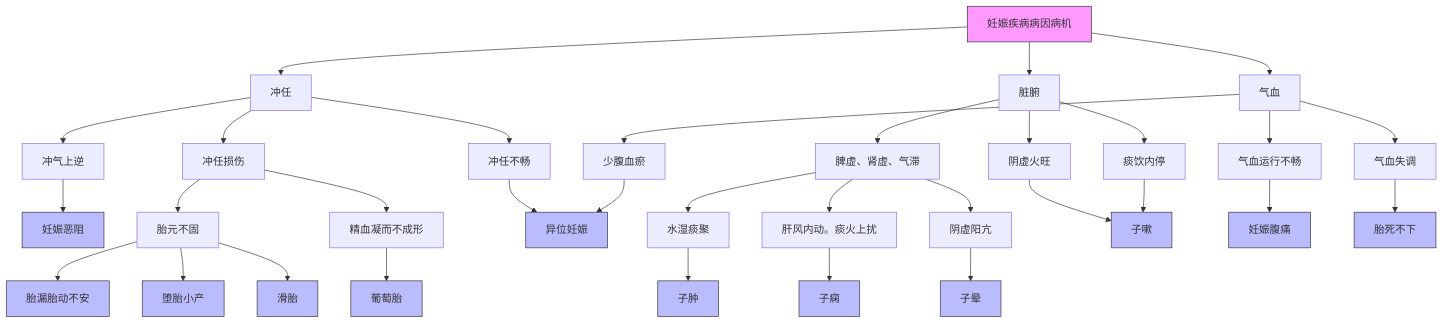
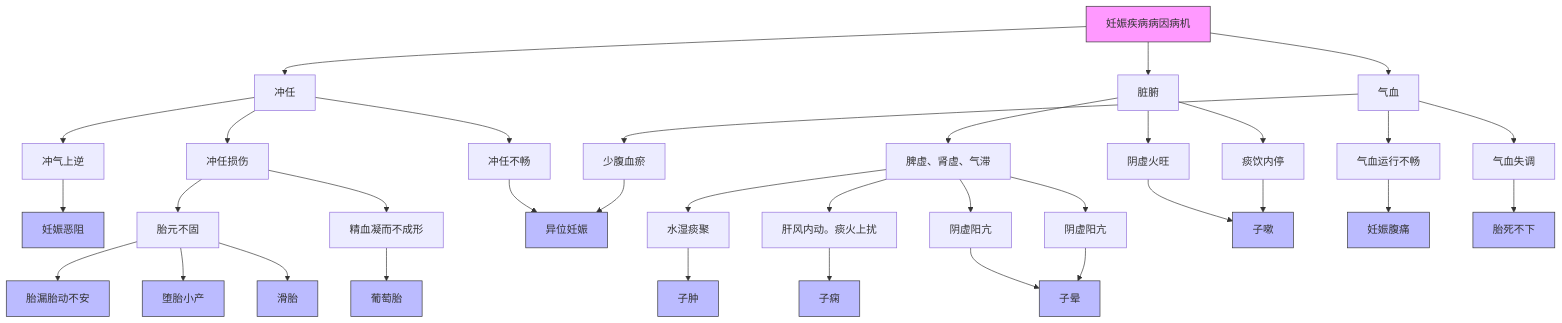
One commit to lili23755/iodraw-files changed the diagram in all/未命名.md. Above: the diagram before and after it, drawn with Mermaid.

Commit message:
2025-04-04 11:05:14 update

````diff
--- a/all/未命名.md
+++ b/all/未命名.md
@@ -1,37 +1,37 @@
 ```mermaid
 flowchart TD
     A[妊娠疾病病因病机] --> B[冲任]
     A --> C[脏腑]
     A --> D[气血]
     
     B --> B1[冲气上逆] --> 妊娠恶阻
     B --> B2[冲任损伤] --> B2a[胎元不固] -->胎漏胎动不安 & 堕胎小产 & 滑胎
     B2[冲任损伤] --> B2b[精血凝而不成形] -->葡萄胎 
     B --> B3[冲任不畅] --> 异位妊娠
     
     C --> C1[脾虚、肾虚、气滞] --> C1a[水湿痰聚] --> 子肿
     C1 --> C1b[肝风内动。痰火上扰] --> 子痫
     C1 --> C1c[阴虚阳亢] --> 子晕
-    
+    C1 --> C1d[阴虚阳亢] --> 子晕
     C --> C4[阴虚火旺] --> 子嗽
     C --> C5[痰饮内停] --> 子嗽
     
     D --> D1[气血运行不畅] --> 妊娠腹痛
     D --> D2[气血失调] --> 胎死不下
     D --> D3[少腹血瘀] --> 异位妊娠
 
     style A fill:#f9f,stroke:#333
     style 妊娠恶阻 fill:#bbf,stroke:#333
     style 堕胎小产 fill:#bbf,stroke:#333
     style 滑胎 fill:#bbf,stroke:#333
     style 异位妊娠 fill:#bbf,stroke:#333
     style 子肿 fill:#bbf,stroke:#333
     style 子痫 fill:#bbf,stroke:#333
     style 胎漏胎动不安 fill:#bbf,stroke:#333
     style 胎死不下 fill:#bbf,stroke:#333
     style 妊娠腹痛 fill:#bbf,stroke:#333
     style 葡萄胎 fill:#bbf,stroke:#333
     style 子晕 fill:#bbf,stroke:#333
     style 子嗽 fill:#bbf,stroke:#333
 	  
 ```
````
